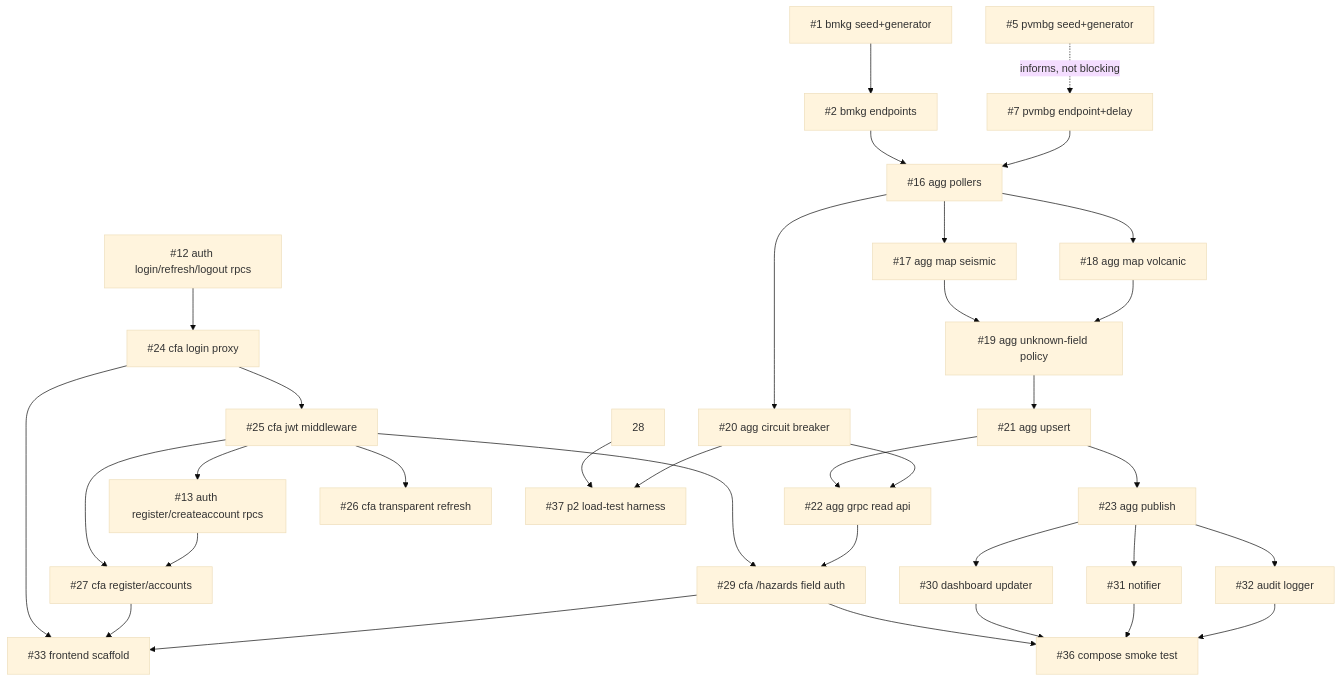
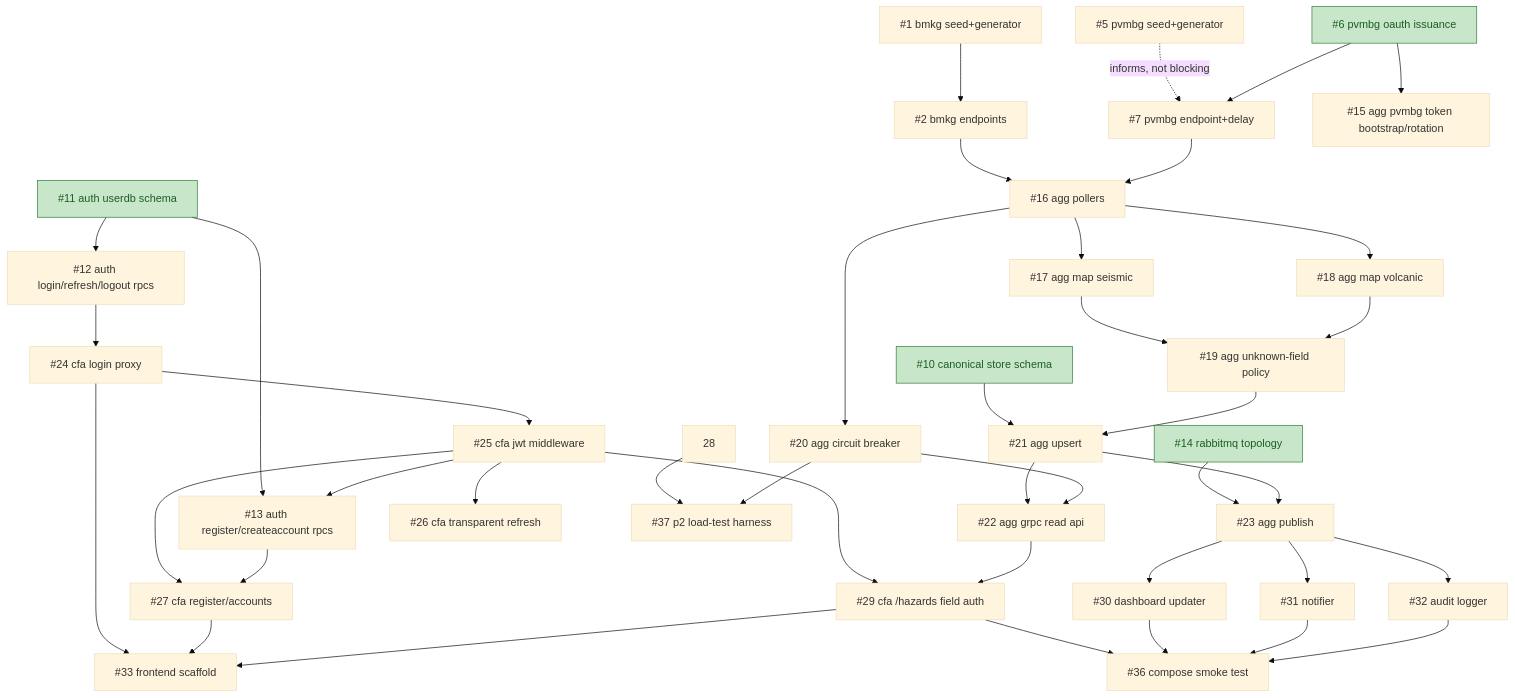
One commit to brii26/distributed-hazard-coordination changed the diagram in doc/BACKLOG_DEPENDENCIES.md. Above: the diagram before and after it, drawn with Mermaid (base theme). The commit also changed other lines of this file and 1 other file, not shown here.

Commit message:
docs(backlog): color merged issues green in the graph and make it the housekeeping standard

````diff
--- a/doc/BACKLOG_DEPENDENCIES.md
+++ b/doc/BACKLOG_DEPENDENCIES.md
@@ -26,44 +28,55 @@
 ```mermaid
 graph TD
   1["#1 bmkg seed+generator"] --> 2["#2 bmkg endpoints"]
   5["#5 pvmbg seed+generator"] -.->|informs, not blocking| 7
 
+  6["#6 pvmbg oauth issuance"] --> 15["#15 agg pvmbg token bootstrap/rotation"]
+  6 --> 7["#7 pvmbg endpoint+delay"]
+
   2 --> 16["#16 agg pollers"]
-  7["#7 pvmbg endpoint+delay"] --> 16
+  7 --> 16
   16 --> 17["#17 agg map seismic"]
   16 --> 18["#18 agg map volcanic"]
   16 --> 20["#20 agg circuit breaker"]
   17 --> 19["#19 agg unknown-field policy"]
   18 --> 19
 
-  19 --> 21["#21 agg upsert"]
+  10["#10 canonical store schema"] --> 21["#21 agg upsert"]
+  19 --> 21
   21 --> 22["#22 agg grpc read api"]
   20 --> 22
 
-  21 --> 23["#23 agg publish"]
+  14["#14 rabbitmq topology"] --> 23["#23 agg publish"]
+  21 --> 23
 
-  12["#12 auth login/refresh/logout rpcs"] --> 24["#24 cfa login proxy"]
+  11["#11 auth userdb schema"] --> 12["#12 auth login/refresh/logout rpcs"]
+  11 --> 13["#13 auth register/createaccount rpcs"]
+
+  12 --> 24["#24 cfa login proxy"]
   24 --> 25["#25 cfa jwt middleware"]
   25 --> 26["#26 cfa transparent refresh"]
-  25 --> 13["#13 auth register/createaccount rpcs"]
+  25 --> 13
   25 --> 27["#27 cfa register/accounts"]
   13 --> 27
   25 --> 29["#29 cfa /hazards field auth"]
   22 --> 29
 
   23 --> 30["#30 dashboard updater"]
   23 --> 31["#31 notifier"]
   23 --> 32["#32 audit logger"]
 
   24 --> 33["#33 frontend scaffold"]
   27 --> 33
   29 --> 33
 
   29 --> 36["#36 compose smoke test"]
   30 --> 36
   31 --> 36
   32 --> 36
 
   28 --> 37["#37 p2 load-test harness"]
   20 --> 37
+
+  classDef done fill:#c8e6c9,stroke:#2e7d32,color:#1b5e20
+  class 6,10,11,14 done
 ```
````
